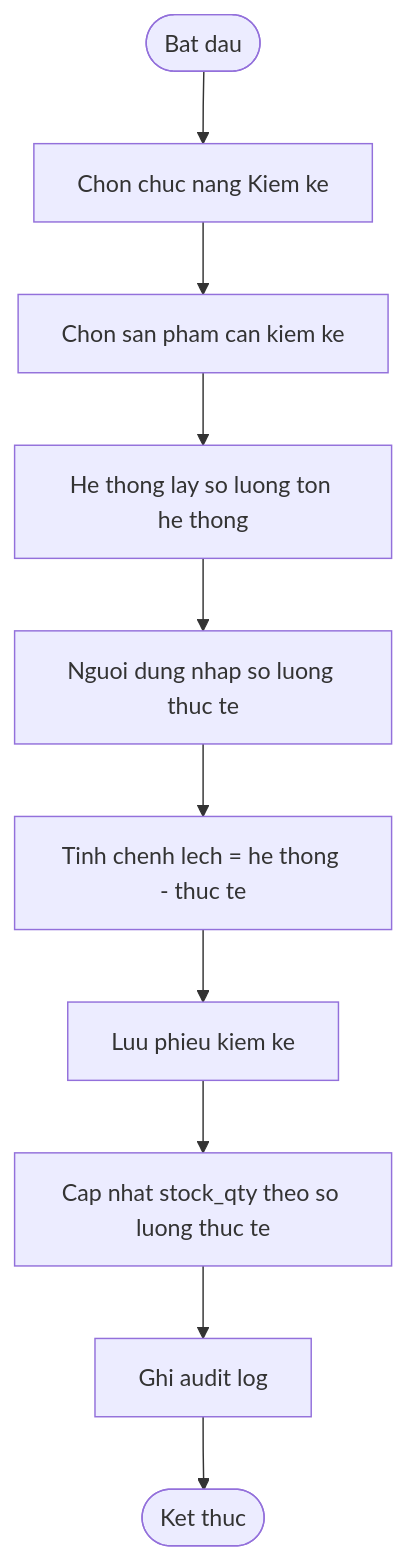
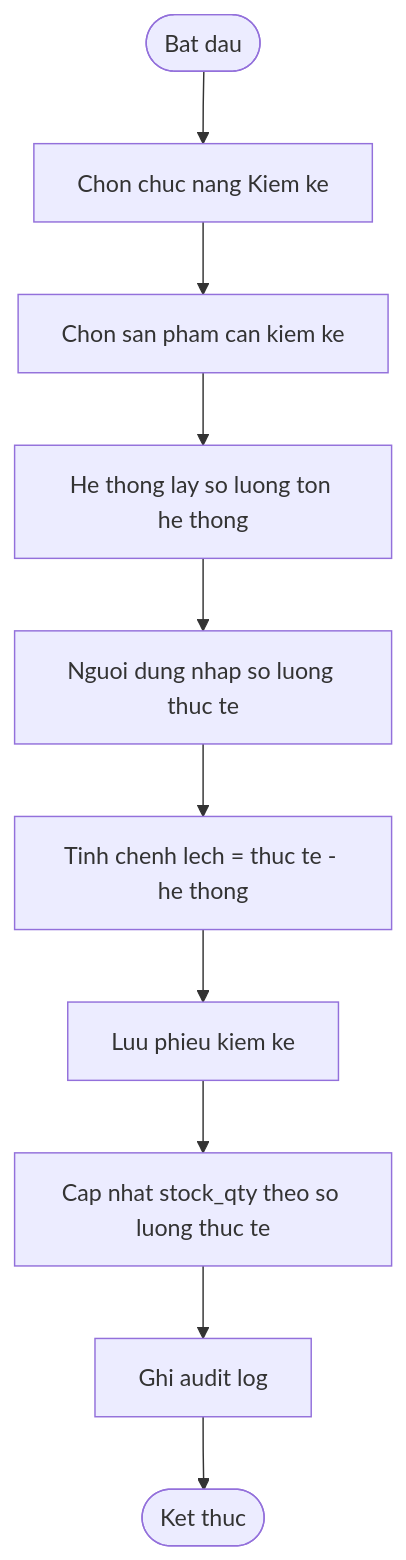
One commit to ngocmai0505/warehouse-management-system changed the eighth of 10 diagrams in docs/system-design-diagrams.md. Above: the diagram before and after it, drawn with Mermaid. The commit also changed other lines of this file and 2 other files, not shown here.

````diff
--- a/docs/system-design-diagrams.md
+++ b/docs/system-design-diagrams.md
@@ -477,12 +477,12 @@
 ```mermaid
 flowchart TD
     A([Bat dau]) --> B[Chon chuc nang Kiem ke]
     B --> C[Chon san pham can kiem ke]
     C --> D[He thong lay so luong ton he thong]
     D --> E[Nguoi dung nhap so luong thuc te]
-    E --> F[Tinh chenh lech = he thong - thuc te]
+    E --> F[Tinh chenh lech = thuc te - he thong]
     F --> G[Luu phieu kiem ke]
     G --> H[Cap nhat stock_qty theo so luong thuc te]
     H --> I[Ghi audit log]
     I --> J([Ket thuc])
 ```
````
